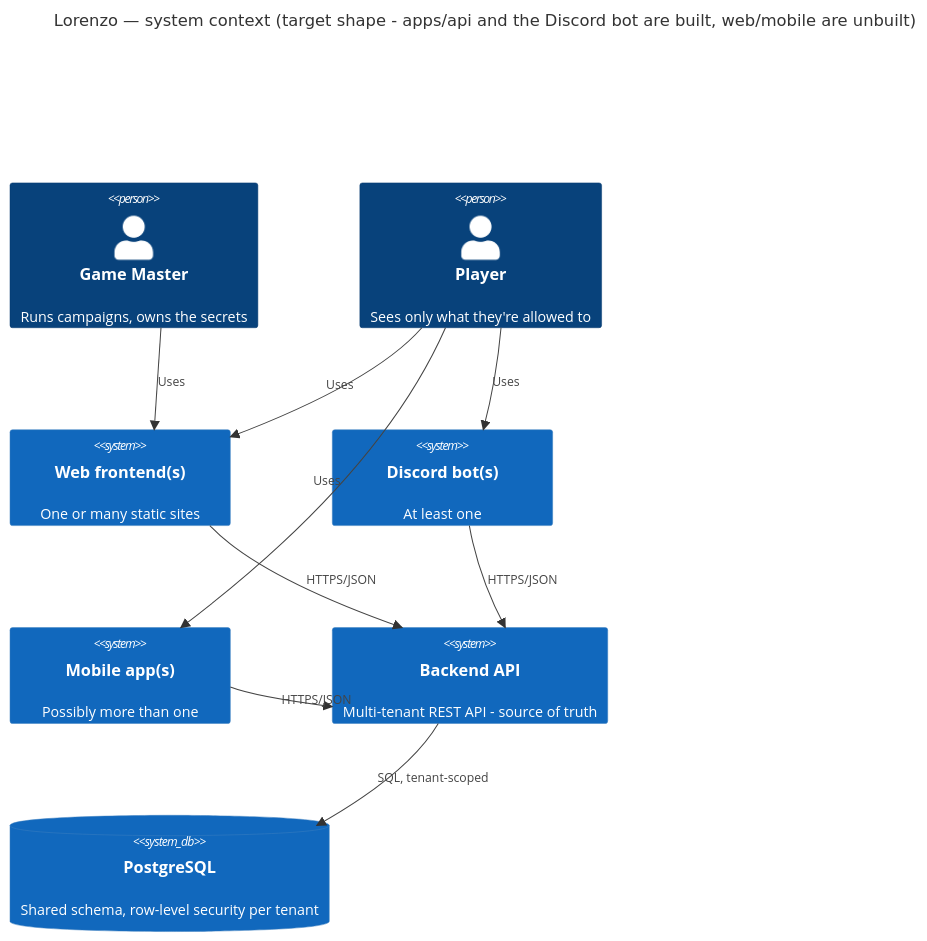
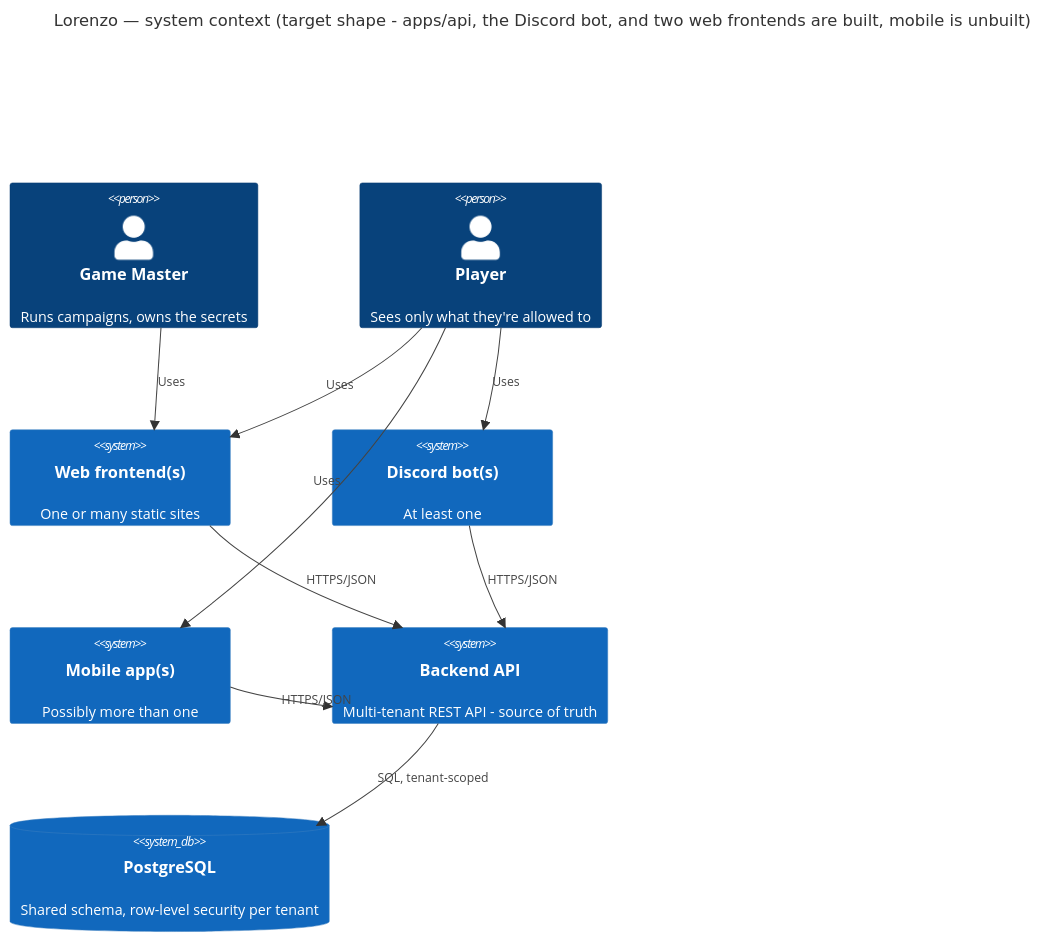
The diagram in docs/architecture/diagrams/system-context.md (ramsesoriginal/lorenzo), drawn with Mermaid before and after one commit. The commit also changed 1 other file, not shown here.

Commit message:
docs(architecture): reflect inventory-web and account-hub as built
The overview's Components section and the system-context diagram
still described the system as only apps/api plus the Discord bot,
with web frontends framed as future/unbuilt. Both static Astro
frontends (inventory-web, account-hub) have existed since ADR
0004/0071 — update the current-state prose, the component table, and
the diagram title accordingly.

````diff
--- a/docs/architecture/diagrams/system-context.md
+++ b/docs/architecture/diagrams/system-context.md
@@ -3,22 +3,22 @@
 ```mermaid
 C4Context
-  title Lorenzo — system context (target shape - apps/api and the Discord bot are built, web/mobile are unbuilt)
+  title Lorenzo — system context (target shape - apps/api, the Discord bot, and two web frontends are built, mobile is unbuilt)
 
   Person(gm, "Game Master", "Runs campaigns, owns the secrets")
   Person(player, "Player", "Sees only what they're allowed to")
 
   System(web, "Web frontend(s)", "One or many static sites")
   System(bot, "Discord bot(s)", "At least one")
   System(mobile, "Mobile app(s)", "Possibly more than one")
   System(api, "Backend API", "Multi-tenant REST API - source of truth")
   SystemDb(db, "PostgreSQL", "Shared schema, row-level security per tenant")
 
   Rel(gm, web, "Uses")
   Rel(player, web, "Uses")
   Rel(player, bot, "Uses")
   Rel(player, mobile, "Uses")
   Rel(web, api, "HTTPS/JSON")
   Rel(bot, api, "HTTPS/JSON")
   Rel(mobile, api, "HTTPS/JSON")
   Rel(api, db, "SQL, tenant-scoped")
 ```
````
